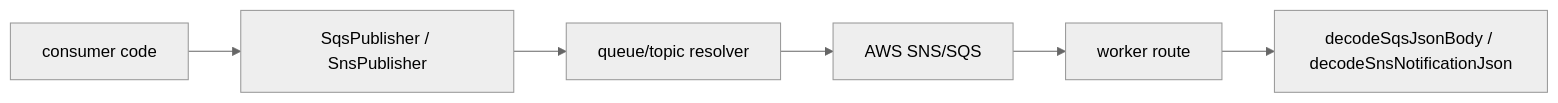
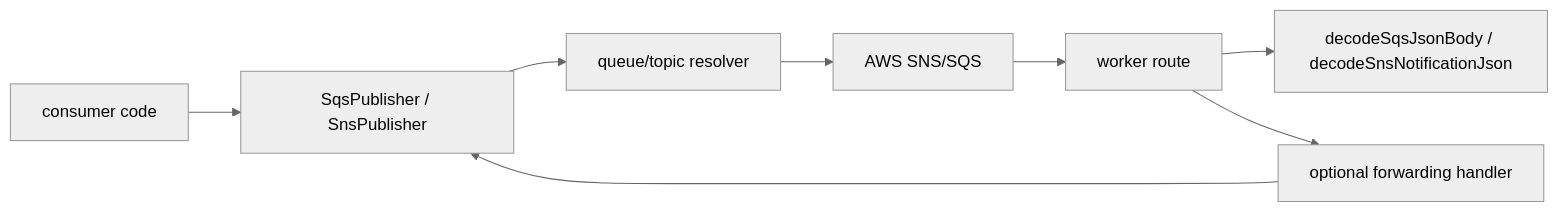
One commit to idenstra/messaging-runtime changed the second of 3 diagrams in docs/USAGE.md. Above: the diagram before and after it, drawn with Mermaid (neutral theme). The commit also changed other lines of this file and 12 other files, not shown here.

Commit message:
add forwarding relay helpers

````diff
--- a/docs/USAGE.md
+++ b/docs/USAGE.md
@@ -86,15 +87,18 @@
 ```mermaid
 flowchart LR
   Producer["consumer code"]
   Publisher["SqsPublisher / SnsPublisher"]
   Resolver["queue/topic resolver"]
   Broker["AWS SNS/SQS"]
   Consumer["worker route"]
   Decoder["decodeSqsJsonBody / decodeSnsNotificationJson"]
+  Relay["optional forwarding handler"]
 
   Producer --> Publisher
   Publisher --> Resolver
   Resolver --> Broker
   Broker --> Consumer
   Consumer --> Decoder
+  Consumer --> Relay
+  Relay --> Publisher
 ```
````
